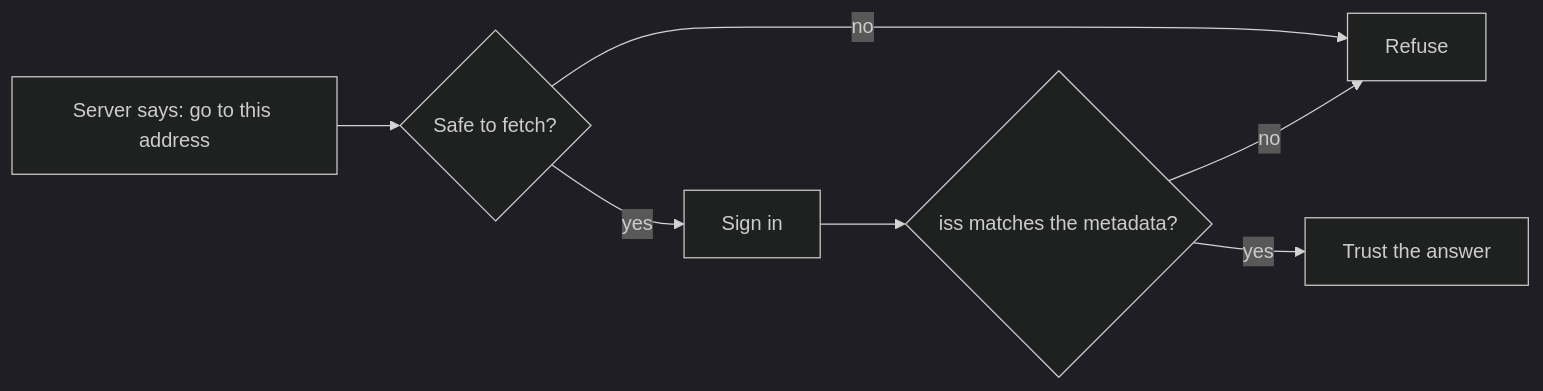
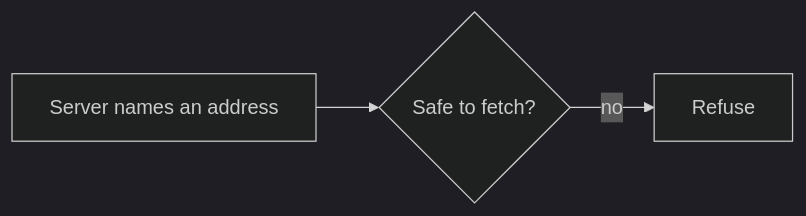
One commit to learnwithparam/mcp-workshop changed the diagram in parts/05-grow-the-server/07-secure-the-client/problem/README.md. Above: the diagram before and after it, drawn with Mermaid (dark theme). The commit also changed other lines of this file and 23 other files, not shown here.

````diff
--- a/parts/05-grow-the-server/07-secure-the-client/problem/README.md
+++ b/parts/05-grow-the-server/07-secure-the-client/problem/README.md
@@ -17,9 +7,4 @@
 ```mermaid
 flowchart LR
-  S[Server says: go to this address] --> G1{Safe to fetch?}
-  G1 -- no --> X[Refuse]
-  G1 -- yes --> A[Sign in]
-  A --> G2{iss matches the metadata?}
-  G2 -- no --> X
-  G2 -- yes --> OK[Trust the answer]
+  S[Server names an address] --> G{Safe to fetch?} -- no --> X[Refuse]
 ```
````
